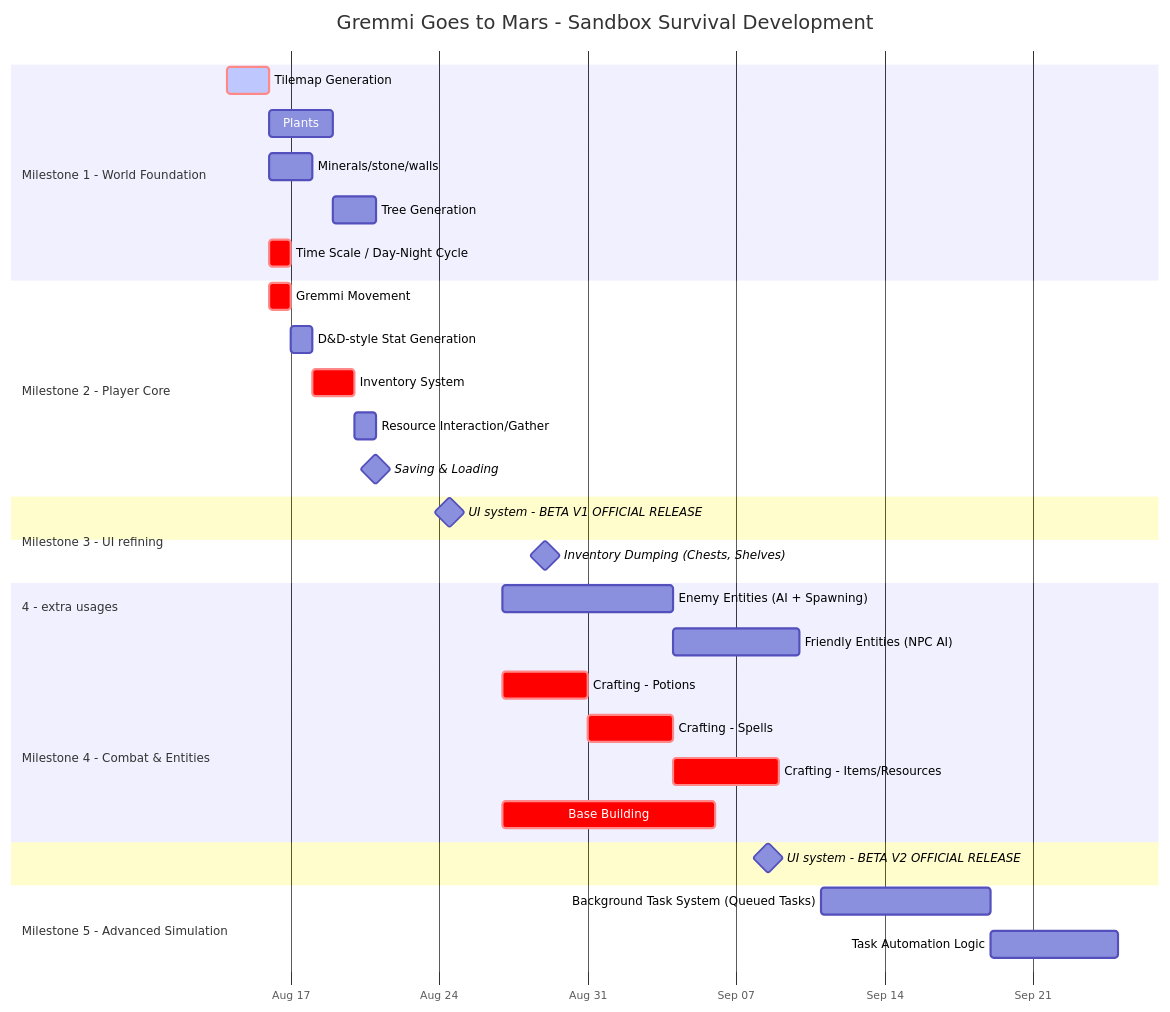
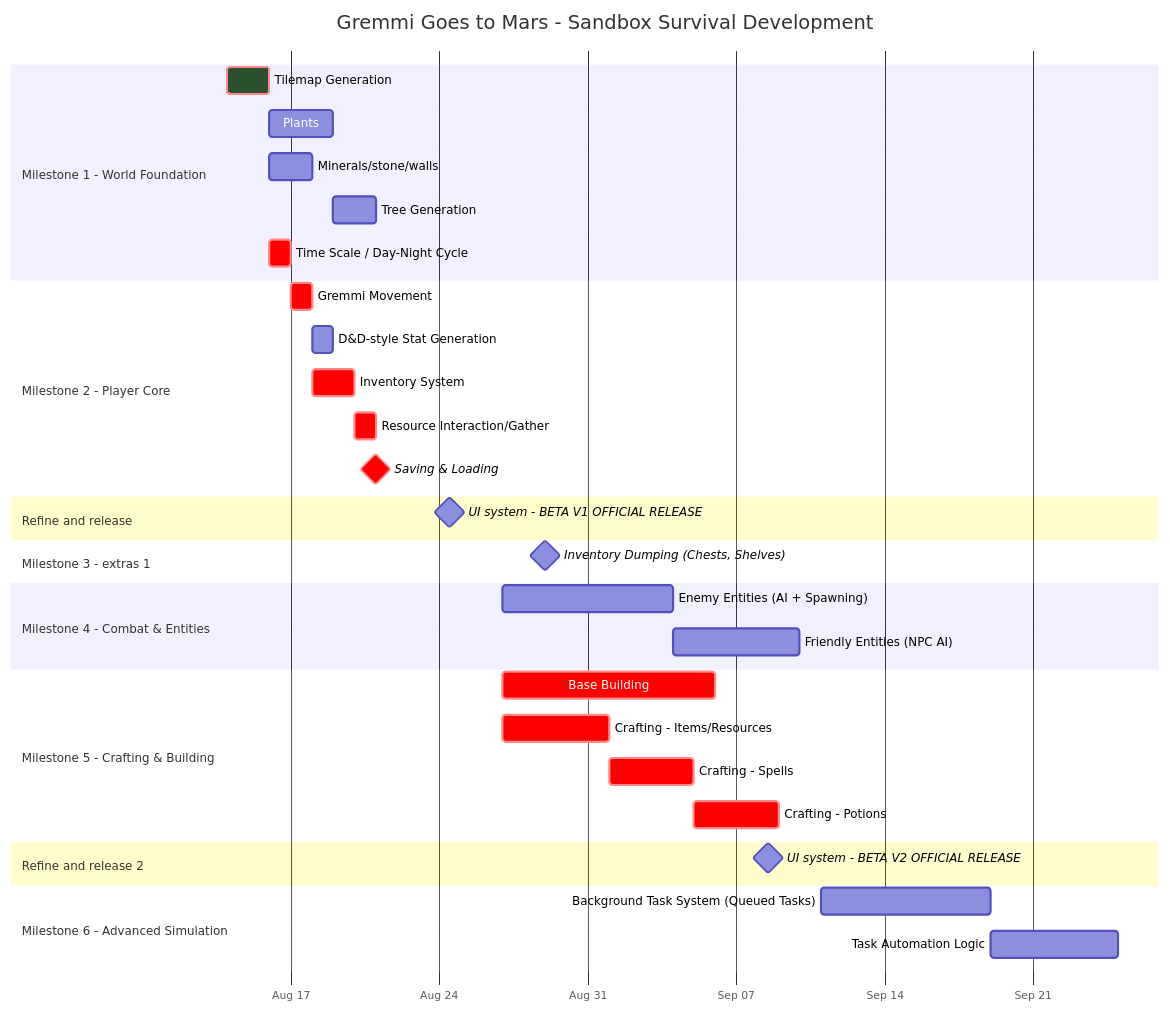
The second of 2 diagrams in dist/README.md (Jacobchestnut16/GremmiGoesToMars), drawn with Mermaid before and after one commit. The commit also changed other lines of this file and 1 other file, not shown here.

Commit message:
Milestone 1 - World Foundation: Tv1.1

````diff
--- a/dist/README.md
+++ b/dist/README.md
@@ -36,47 +40,57 @@
 ```mermaid
-%%{init: {'gantt': {
-    'leftPadding': 200,
-    'barHeight': 25,
-    'barGap': 15,
-    'topPadding': 60
-}}}%%
+%%{
+    init: {
+        'gantt': {
+            'leftPadding': 200,
+            'barHeight': 25,
+            'barGap': 15,
+            'topPadding': 60
+        },
+        'themeVariables': {
+            'doneTaskBkgColor': '#2B522EFF'
+        }
+    }
+}%%
 gantt
     title Gremmi Goes to Mars - Sandbox Survival Development
     dateFormat  YYYY-MM-DD
     axisFormat  %b %d
     
+    
     section Milestone 1 - World Foundation
-    Tilemap Generation                          :crit, active, a1, 2025-08-14, 2d
+    Tilemap Generation                          :crit, done, a1, 2025-08-14, 2d
     Plants                                      :a6, after a1, 3d
     Minerals/stone/walls                        :a4, after a1, 2d
     Tree Generation                             :a5, after a6, 2d
     Time Scale / Day-Night Cycle                :crit, a2, after a1, 1d
     
     section Milestone 2 - Player Core
-    Gremmi Movement                 :crit, b1, after a1, 0.5d
+    Gremmi Movement                 :crit, b1, after a2, 0.5d
     D&D-style Stat Generation       :b2, after b1, 0.5d
-    Inventory System                :crit, b3, after b2, 2d
-    Resource Interaction/Gather     :b5, after b3, 1d
-    Saving & Loading                :milestone, b4, after b3, 2d
+    Inventory System                :crit, b3, after b1, 2d
+    Resource Interaction/Gather     :crit, b5, after b3, 1d
+    Saving & Loading                :crit, milestone, b4, after b3, 2d
     
-    section Milestone 3 - UI refining
+    section Refine and release
     UI system - BETA V1 OFFICIAL RELEASE     :milestone, c1, after b4, 5d
     
-    section 4 - extra usages
+    section Milestone 3 - extras 1
     Inventory Dumping (Chests, Shelves) :milestone, f1, after c1, 4d
     
     section Milestone 4 - Combat & Entities
     Enemy Entities (AI + Spawning) :d1, after c1, 8d
     Friendly Entities (NPC AI)     :d2, after d1, 6d
-    Crafting - Potions             :crit, d3, after c1, 4d
-    Crafting - Spells              :crit, d4, after d3, 4d
-    Crafting - Items/Resources     :crit, d5, after d4, 5d
+    
+    section Milestone 5 - Crafting & Building
     Base Building                  :crit, d6, after c1, 10d
+    Crafting - Items/Resources     :crit, d5, after c1, 5d
+    Crafting - Spells              :crit, d4, after d5, 4d
+    Crafting - Potions             :crit, d3, after d4, 4d
     
-        section Milestone 3 - UI refining
+    section Refine and release 2
     UI system - BETA V2 OFFICIAL RELEASE     :milestone, c2, after d6, 5d
     
-    section Milestone 5 - Advanced Simulation
+    section Milestone 6 - Advanced Simulation
     Background Task System (Queued Tasks) :e1, after c2, 8d
     Task Automation Logic                 :e2, after e1, 6d
 ```
````
